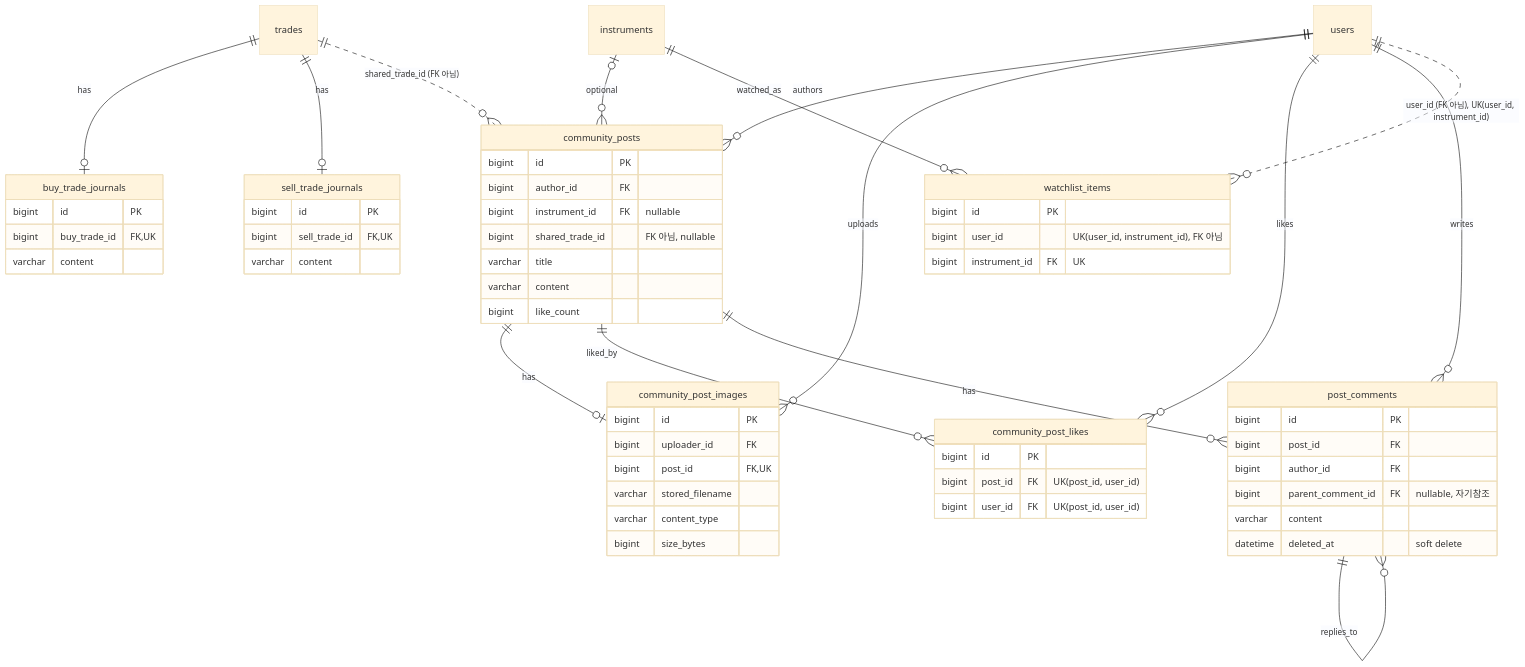
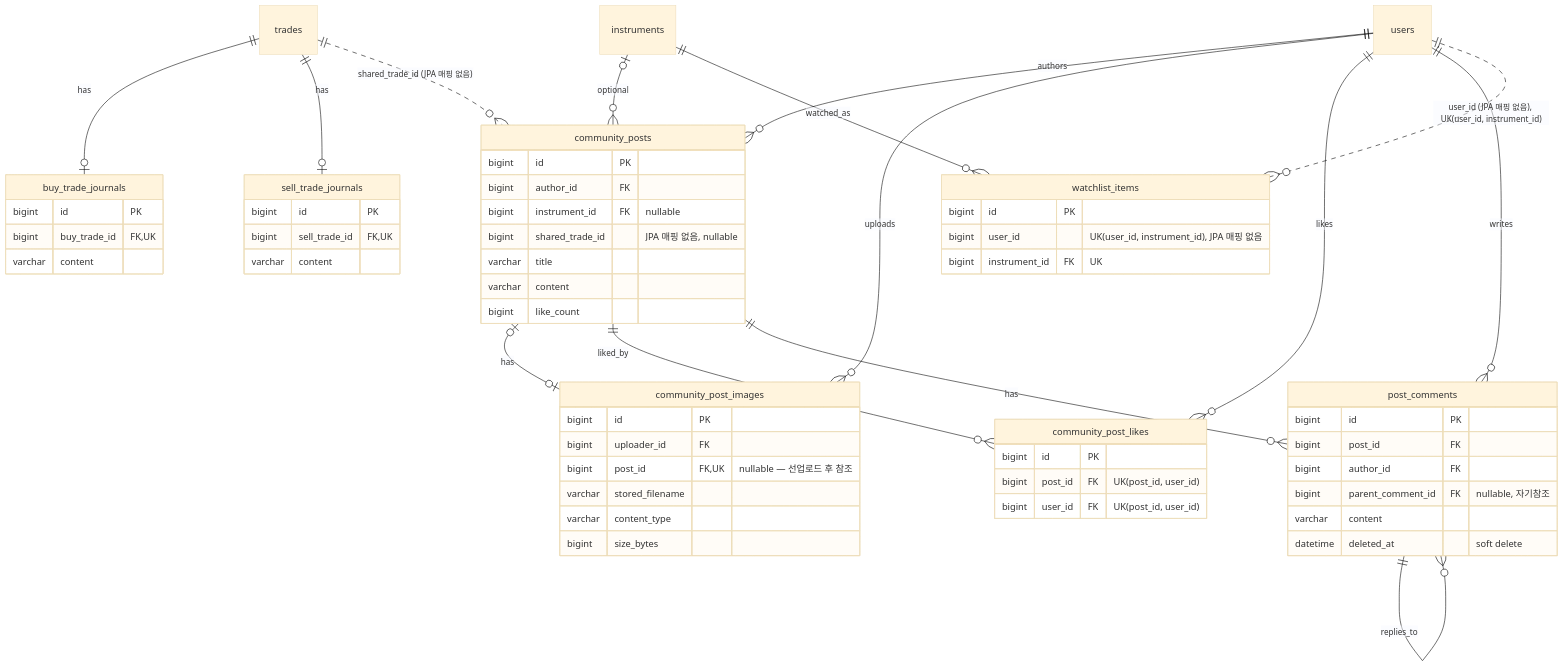
The seventh of 7 diagrams in docs/erd.md (finplay-team/finplay), drawn with Mermaid (base theme) before and after one commit. The commit also changed other lines of this file, not shown here.

First line of the commit message:
docs: 리뷰 반영 - 점선 관계의 "FK 아님" 표기를 "JPA 매핑 없음"으로 정정

````diff
--- a/docs/erd.md
+++ b/docs/erd.md
@@ -478,63 +478,63 @@
 ```mermaid
 erDiagram
     trades ||--o| buy_trade_journals : has
     trades ||--o| sell_trade_journals : has
     users ||--o{ community_posts : authors
     instruments |o--o{ community_posts : optional
-    trades ||..o{ community_posts : "shared_trade_id (FK 아님)"
-    community_posts ||--o| community_post_images : has
+    trades ||..o{ community_posts : "shared_trade_id (JPA 매핑 없음)"
+    community_posts |o--o| community_post_images : has
     users ||--o{ community_post_images : uploads
     community_posts ||--o{ community_post_likes : liked_by
     users ||--o{ community_post_likes : likes
     community_posts ||--o{ post_comments : has
     users ||--o{ post_comments : writes
     post_comments ||--o{ post_comments : replies_to
     instruments ||--o{ watchlist_items : watched_as
-    users ||..o{ watchlist_items : "user_id (FK 아님), UK(user_id, instrument_id)"
+    users ||..o{ watchlist_items : "user_id (JPA 매핑 없음), UK(user_id, instrument_id)"
 
     buy_trade_journals {
         bigint id PK
         bigint buy_trade_id FK, UK
         varchar content
     }
     sell_trade_journals {
         bigint id PK
         bigint sell_trade_id FK, UK
         varchar content
     }
     community_posts {
         bigint id PK
         bigint author_id FK
         bigint instrument_id FK "nullable"
-        bigint shared_trade_id "FK 아님, nullable"
+        bigint shared_trade_id "JPA 매핑 없음, nullable"
         varchar title
         varchar content
         bigint like_count
     }
     community_post_images {
         bigint id PK
         bigint uploader_id FK
-        bigint post_id FK, UK
+        bigint post_id FK, UK "nullable — 선업로드 후 참조"
         varchar stored_filename
         varchar content_type
         bigint size_bytes
     }
     community_post_likes {
         bigint id PK
         bigint post_id FK "UK(post_id, user_id)"
         bigint user_id FK "UK(post_id, user_id)"
     }
     post_comments {
         bigint id PK
         bigint post_id FK
         bigint author_id FK
         bigint parent_comment_id FK "nullable, 자기참조"
         varchar content
         datetime deleted_at "soft delete"
     }
     watchlist_items {
         bigint id PK
-        bigint user_id "UK(user_id, instrument_id), FK 아님"
+        bigint user_id "UK(user_id, instrument_id), JPA 매핑 없음"
         bigint instrument_id FK "UK"
     }
 ```
````
